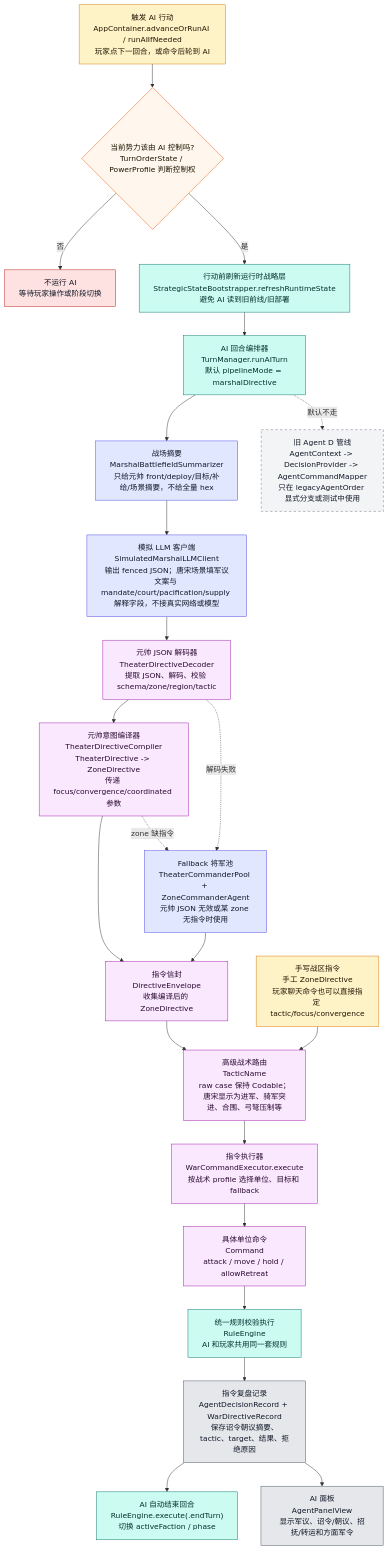
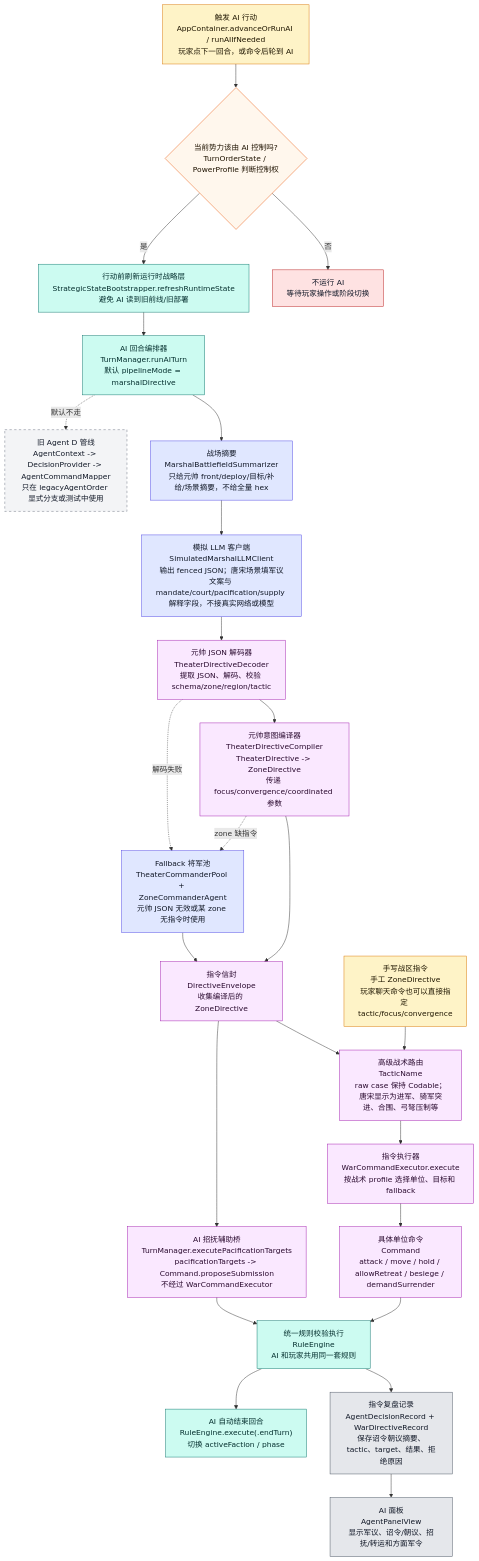
Before and after one commit to Altman-sam114/125: the seventh of 12 diagrams in md/flow/flowchart.md, drawn with Mermaid. The commit also changed other lines of this file and 9 other files, not shown here.

Commit message:
feat(ai): bridge Tang Song pacification targets

````diff
--- a/md/flow/flowchart.md
+++ b/md/flow/flowchart.md
@@ -369,45 +371,48 @@
 ```mermaid
 flowchart TD
     START["触发 AI 行动<br/>AppContainer.advanceOrRunAI / runAIIfNeeded<br/>玩家点下一回合，或命令后轮到 AI"]:::input
     CHECK{"当前势力该由 AI 控制吗?<br/>TurnOrderState / PowerProfile 判断控制权"}:::decision
     STOP["不运行 AI<br/>等待玩家操作或阶段切换"]:::stop
     REFRESH["行动前刷新运行时战略层<br/>StrategicStateBootstrapper.refreshRuntimeState<br/>避免 AI 读到旧前线/旧部署"]:::rules
     TM["AI 回合编排器<br/>TurnManager.runAITurn<br/>默认 pipelineMode = marshalDirective"]:::rules
     SUM["战场摘要<br/>MarshalBattlefieldSummarizer<br/>只给元帅 front/deploy/目标/补给/场景摘要，不给全量 hex"]:::ai
     LLM["模拟 LLM 客户端<br/>SimulatedMarshalLLMClient<br/>输出 fenced JSON；唐宋场景填军议文案与 mandate/court/pacification/supply 解释字段，不接真实网络或模型"]:::ai
     DEC["元帅 JSON 解码器<br/>TheaterDirectiveDecoder<br/>提取 JSON、解码、校验 schema/zone/region/tactic"]:::command
     COMP["元帅意图编译器<br/>TheaterDirectiveCompiler<br/>TheaterDirective -> ZoneDirective<br/>传递 focus/convergence/coordinated 参数"]:::command
     ENV["指令信封<br/>DirectiveEnvelope<br/>收集编译后的 ZoneDirective"]:::command
     TACTIC["高级战术路由<br/>TacticName<br/>raw case 保持 Codable；唐宋显示为进军、骑军突进、合围、弓弩压制等"]:::command
     WCE["指令执行器<br/>WarCommandExecutor.execute<br/>按战术 profile 选择单位、目标和 fallback"]:::command
-    BOTTOM["具体单位命令<br/>Command<br/>attack / move / hold / allowRetreat"]:::command
+    BOTTOM["具体单位命令<br/>Command<br/>attack / move / hold / allowRetreat / besiege / demandSurrender"]:::command
+    PAC["AI 招抚辅助桥<br/>TurnManager.executePacificationTargets<br/>pacificationTargets -> Command.proposeSubmission<br/>不经过 WarCommandExecutor"]:::command
     RE["统一规则校验执行<br/>RuleEngine<br/>AI 和玩家共用同一套规则"]:::rules
     RECORD["指令复盘记录<br/>AgentDecisionRecord + WarDirectiveRecord<br/>保存诏令朝议摘要、tactic、target、结果、拒绝原因"]:::ui
     PANEL["AI 面板<br/>AgentPanelView<br/>显示军议、诏令/朝议、招抚/转运和方面军令"]:::ui
     END["AI 自动结束回合<br/>RuleEngine.execute(.endTurn)<br/>切换 activeFaction / phase"]:::rules
 
     START --> CHECK
     CHECK -->|否| STOP
     CHECK -->|是| REFRESH --> TM --> SUM --> LLM --> DEC --> COMP --> ENV
-    ENV --> TACTIC --> WCE --> BOTTOM --> RE --> RECORD --> END
+    ENV --> TACTIC --> WCE --> BOTTOM --> RE --> RECORD
+    ENV --> PAC --> RE
+    RE --> END
     RECORD --> PANEL
 
     FALLBACK["Fallback 将军池<br/>TheaterCommanderPool + ZoneCommanderAgent<br/>元帅 JSON 无效或某 zone 无指令时使用"]:::ai
     DEC -.解码失败.-> FALLBACK --> ENV
     COMP -.zone 缺指令.-> FALLBACK
 
     LEGACY["旧 Agent D 管线<br/>AgentContext -> DecisionProvider -> AgentCommandMapper<br/>只在 legacyAgentOrder 显式分支或测试中使用"]:::legacy
     TM -.默认不走.-> LEGACY
 
     MANUAL["手写战区指令<br/>手工 ZoneDirective<br/>玩家聊天命令也可以直接指定 tactic/focus/convergence"]:::input
     MANUAL --> TACTIC
 
     classDef input fill:#fef3c7,stroke:#d97706,color:#1f1600
     classDef decision fill:#fff7ed,stroke:#ea580c,color:#1f1300
     classDef stop fill:#fee2e2,stroke:#b91c1c,color:#111827
     classDef rules fill:#ccfbf1,stroke:#0f766e,color:#042f2e
     classDef ai fill:#e0e7ff,stroke:#4f46e5,color:#111827
     classDef command fill:#fae8ff,stroke:#a21caf,color:#2a0a2f
     classDef ui fill:#e5e7eb,stroke:#4b5563,color:#111827
     classDef legacy fill:#f3f4f6,stroke:#6b7280,stroke-dasharray:5 5,color:#111827
 ```
````
